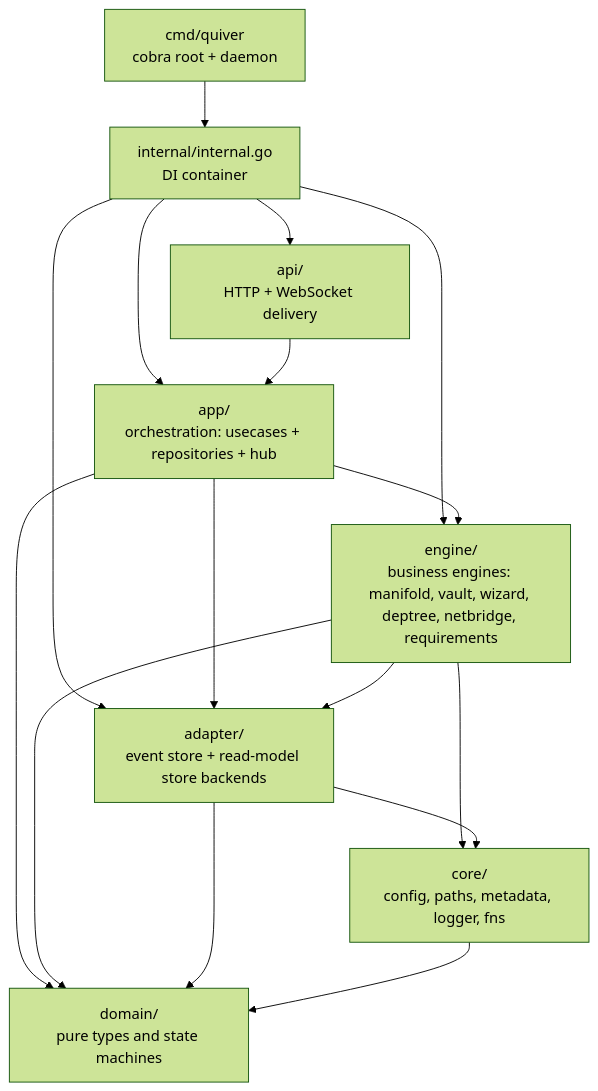
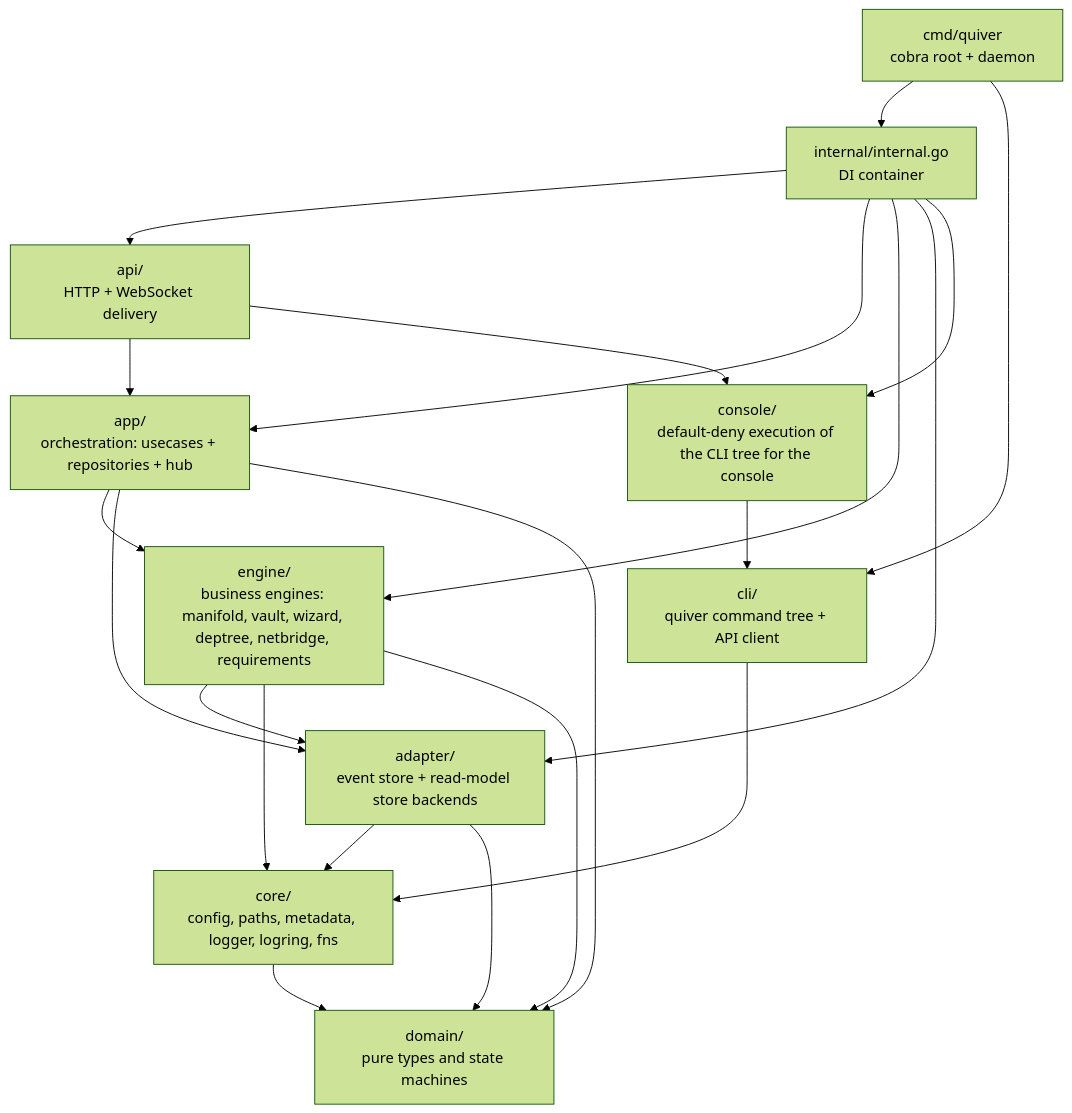
One commit to rabbytesoftware/quiver.core changed the first of 5 diagrams in docs/spec/architecture.md. Above: the diagram before and after it, drawn with Mermaid (forest theme). The commit also changed other lines of this file and 3 other files, not shown here.

````diff
--- a/docs/spec/architecture.md
+++ b/docs/spec/architecture.md
@@ -15,27 +15,34 @@
 ```mermaid
 flowchart TD
     cmd["cmd/quiver<br/>cobra root + daemon"]
     internal["internal/internal.go<br/>DI container"]
     api["api/<br/>HTTP + WebSocket delivery"]
     app["app/<br/>orchestration: usecases + repositories + hub"]
     engine["engine/<br/>business engines: manifold, vault, wizard, deptree, netbridge, requirements"]
     adapter["adapter/<br/>event store + read-model store backends"]
-    core["core/<br/>config, paths, metadata, logger, fns"]
+    console["console/<br/>default-deny execution of the CLI tree for the console"]
+    cli["cli/<br/>quiver command tree + API client"]
+    core["core/<br/>config, paths, metadata, logger, logring, fns"]
     domain["domain/<br/>pure types and state machines"]
 
     cmd --> internal
     internal --> api
     internal --> app
     internal --> engine
     internal --> adapter
     api --> app
+    api --> console
+    internal --> console
+    console --> cli
+    cli --> core
+    cmd --> cli
     app --> engine
     app --> adapter
     app --> domain
     engine --> adapter
     engine --> core
     engine --> domain
     adapter --> core
     adapter --> domain
     core --> domain
 ```
````
